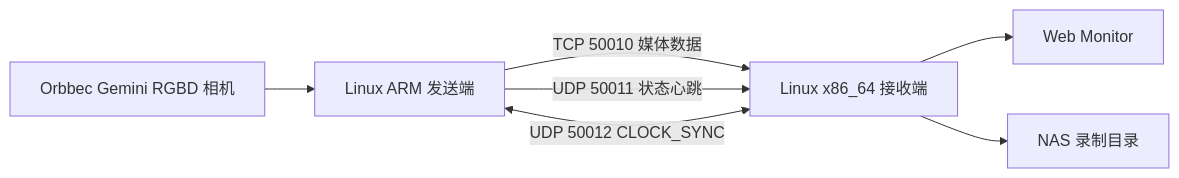
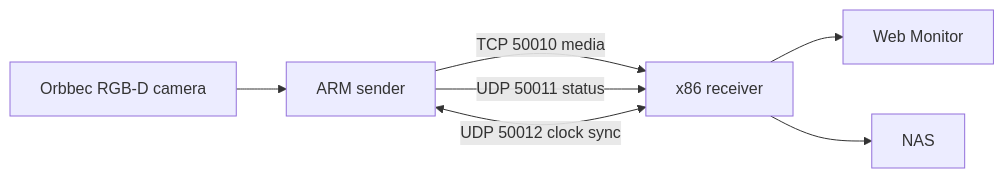
The diagram in README.md (RealityLoopAI/wireless_video_delivery), drawn with Mermaid before and after one commit. The commit also changed other lines of this file and 21 other files, not shown here.

````diff
--- a/README.md
+++ b/README.md
@@ -23,15 +7,15 @@
 ```mermaid
 flowchart LR
-  camera[Orbbec Gemini RGBD 相机]
-  sender[Linux ARM 发送端]
-  receiver[Linux x86_64 接收端]
+  camera[Orbbec RGB-D camera]
+  sender[ARM sender]
+  receiver[x86 receiver]
   web[Web Monitor]
-  nas[NAS 录制目录]
+  nas[NAS]
 
   camera --> sender
-  sender -->|TCP 50010 媒体数据| receiver
-  sender -->|UDP 50011 状态心跳| receiver
-  sender <-->|UDP 50012 CLOCK_SYNC| receiver
+  sender -->|TCP 50010 media| receiver
+  sender -->|UDP 50011 status| receiver
+  sender <-->|UDP 50012 clock sync| receiver
   receiver --> web
   receiver --> nas
 ```
````
